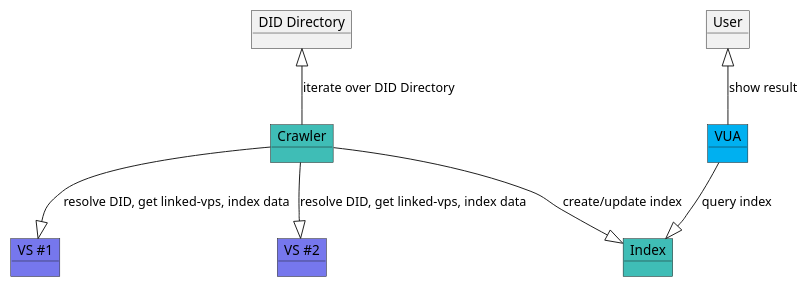
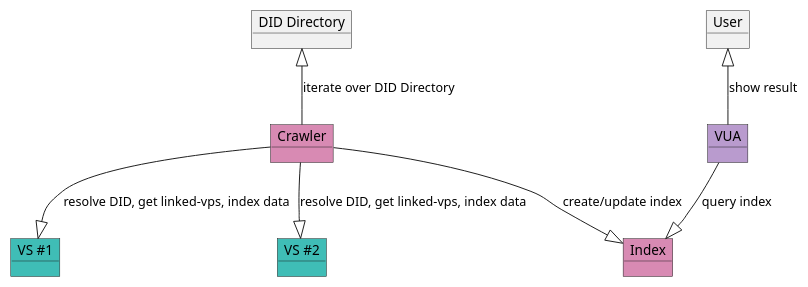
The diagram in docs/learn/verifiable-public-registry/95-verifiable-service-DID-directory.md (verana-labs/verana-docs), drawn with PlantUML before and after one commit. The commit also changed 5 other files, not shown here.

````diff
--- a/docs/learn/verifiable-public-registry/95-verifiable-service-DID-directory.md
+++ b/docs/learn/verifiable-public-registry/95-verifiable-service-DID-directory.md
@@ -13,20 +13,20 @@
 ```plantuml
 
 @startuml
 scale max 800 width
 object "DID Directory" as didd
-object "Crawler" as crawler #3fbdb6
-object "Index" as index #3fbdb6
-object "VS #1" as dts1 #7677ed
-object "VS #2" as dts2 #7677ed
-object "VUA" as browser #00b0f0
+object "Crawler" as crawler #D88AB3
+object "Index" as index #D88AB3
+object "VS #1" as dts1 #3fbdb6
+object "VS #2" as dts2 #3fbdb6
+object "VUA" as browser #b99bce
 object "User" as user
 didd <|-- crawler : iterate over DID Directory
 crawler --|> dts1 : resolve DID, get linked-vps, index data
 crawler --|> dts2 : resolve DID, get linked-vps, index data
 browser --|> index: query index
 crawler --|> index: create/update index 
 user <|-- browser : show result
 @enduml
 
 ```
````
